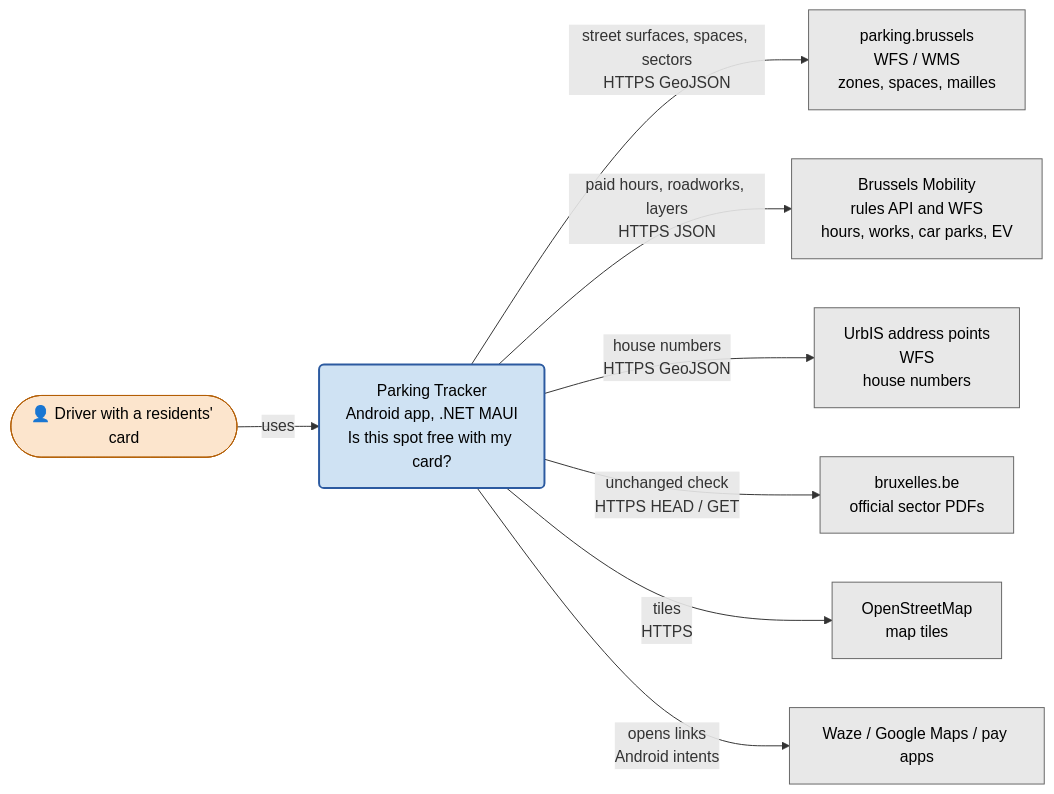
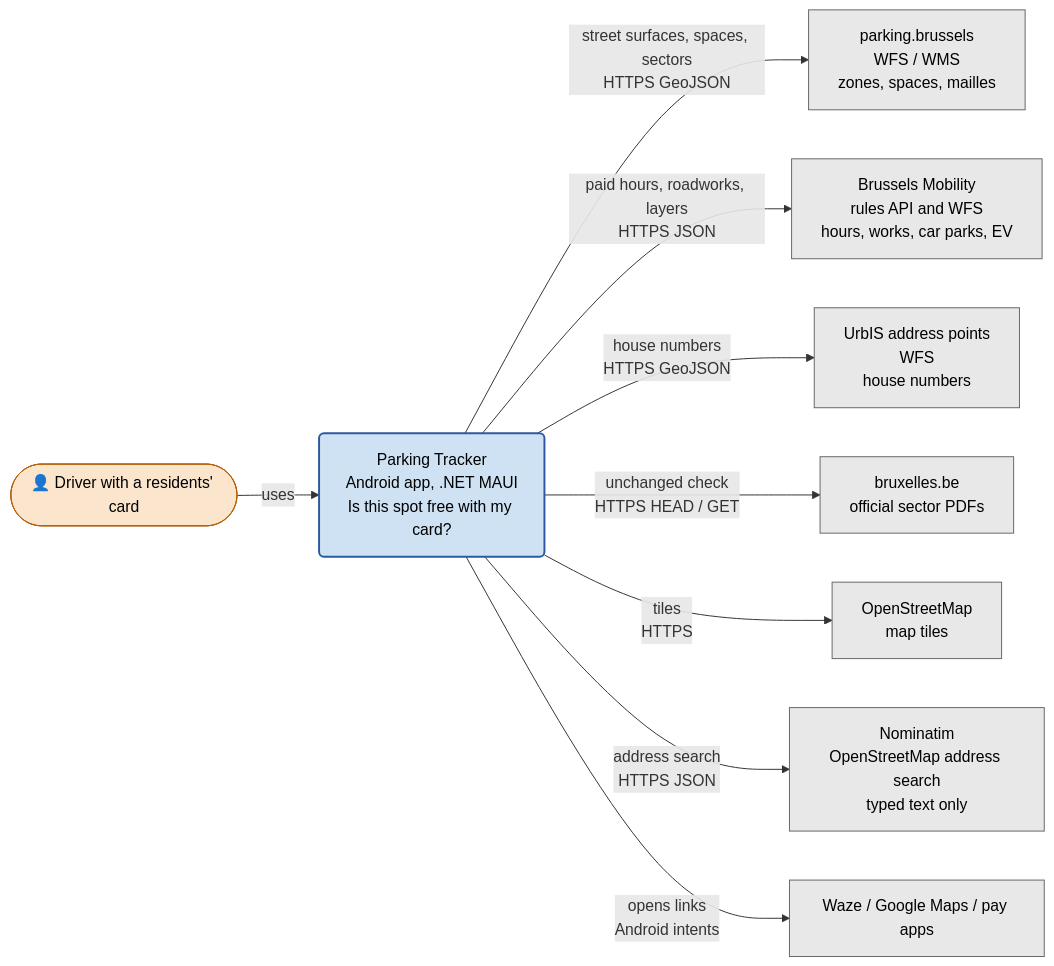
The first of 4 diagrams in docs/architecture.md (AnnabiGihed/Parking-Tracker), drawn with Mermaid before and after one commit. The commit also changed other lines of this file and 190 other files, not shown here.

````diff
--- a/docs/architecture.md
+++ b/docs/architecture.md
@@ -165,26 +171,28 @@
 ```mermaid
 flowchart LR
     driver([👤 Driver with a residents' card])
     app(Parking Tracker<br/>Android app, .NET MAUI<br/>Is this spot free with my card?)
     pb[parking.brussels<br/>WFS / WMS<br/>zones, spaces, mailles]
     bm[Brussels Mobility<br/>rules API and WFS<br/>hours, works, car parks, EV]
     urbis[UrbIS address points<br/>WFS<br/>house numbers]
     bxl[bruxelles.be<br/>official sector PDFs]
     osm[OpenStreetMap<br/>map tiles]
+    nom[Nominatim<br/>OpenStreetMap address search<br/>typed text only]
     nav[Waze / Google Maps / pay apps]
 
     driver -->|uses| app
     app -->|street surfaces, spaces, sectors<br/>HTTPS GeoJSON| pb
     app -->|paid hours, roadworks, layers<br/>HTTPS JSON| bm
     app -->|house numbers<br/>HTTPS GeoJSON| urbis
     app -->|unchanged check<br/>HTTPS HEAD / GET| bxl
     app -->|tiles<br/>HTTPS| osm
+    app -->|address search<br/>HTTPS JSON| nom
     app -->|opens links<br/>Android intents| nav
 
     classDef person   fill:#fce5cd,stroke:#b45f06,stroke-width:1px,color:#000
     classDef system   fill:#cfe2f3,stroke:#2c5aa0,stroke-width:2px,color:#000
     classDef external fill:#e8e8e8,stroke:#666,stroke-width:1px,color:#000
     class driver person
     class app system
-    class pb,bm,urbis,bxl,osm,nav external
+    class pb,bm,urbis,bxl,osm,nom,nav external
 ```
````
